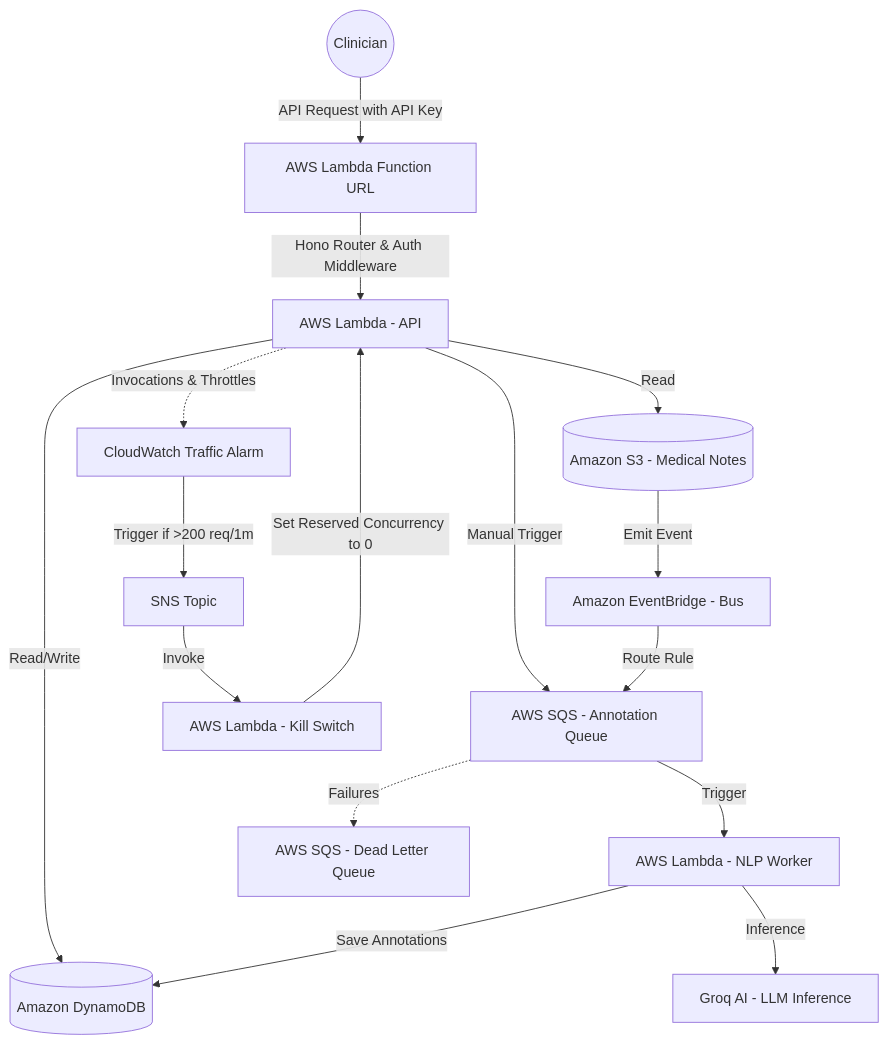
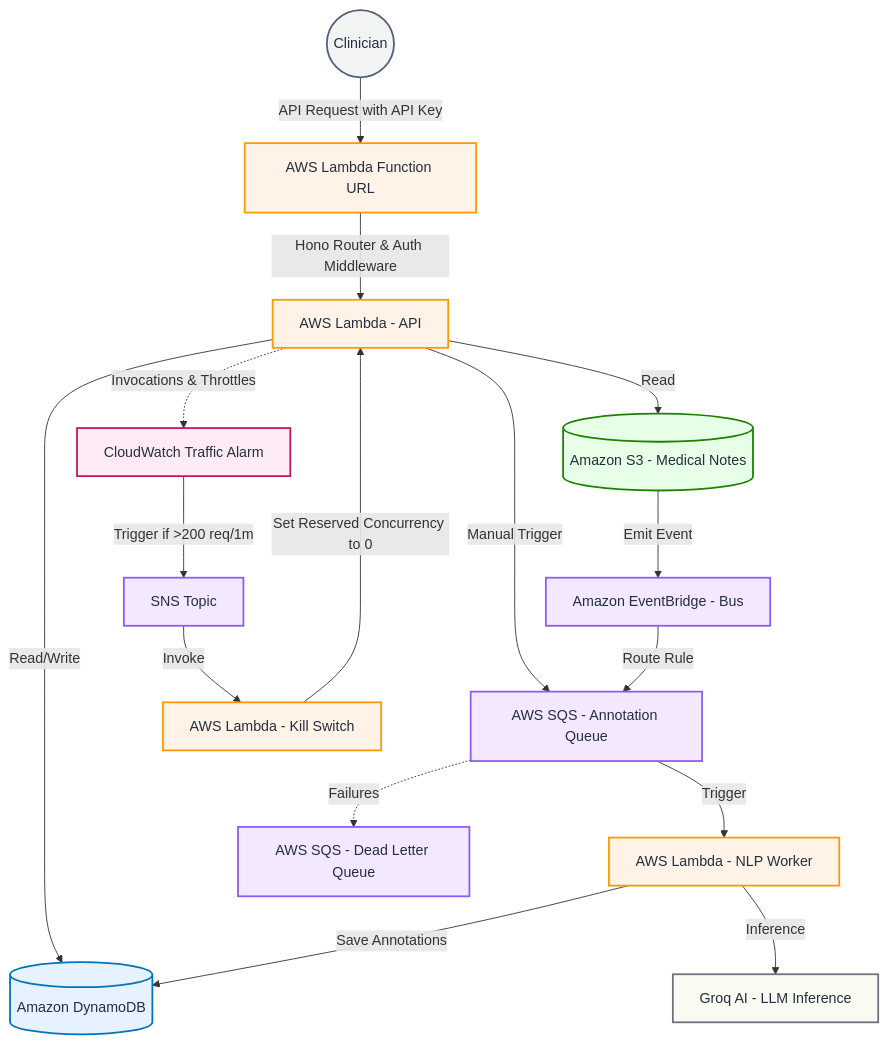
The diagram in README.md (harsh-vardhhan/EHR-backend), drawn with Mermaid before and after one commit.

Commit message:
style(docs): apply AWS brand colors to architecture Mermaid diagram

````diff
--- a/README.md
+++ b/README.md
@@ -26,22 +26,40 @@
 ```mermaid
 graph TD
     User((Clinician)) -->|API Request with API Key| LambdaURL[AWS Lambda Function URL]
     LambdaURL -->|Hono Router & Auth Middleware| LambdaAPI[AWS Lambda - API]
     LambdaAPI -->|Read/Write| DynamoDB[(Amazon DynamoDB)]
     LambdaAPI -->|Read| S3[(Amazon S3 - Medical Notes)]
     LambdaAPI -->|Manual Trigger| SQS[AWS SQS - Annotation Queue]
 
     S3 -->|Emit Event| EB[Amazon EventBridge - Bus]
     EB -->|Route Rule| SQS[AWS SQS - Annotation Queue]
     SQS -->|Trigger| LambdaWorker[AWS Lambda - NLP Worker]
     SQS -.->|Failures| DLQ[AWS SQS - Dead Letter Queue]
     
     LambdaWorker -->|Inference| Groq[Groq AI - LLM Inference]
     LambdaWorker -->|Save Annotations| DynamoDB
 
     %% DDoS Protection
     LambdaAPI -.->|Invocations & Throttles| CWAlarm[CloudWatch Traffic Alarm]
     CWAlarm -->|Trigger if >200 req/1m| SNS[SNS Topic]
     SNS -->|Invoke| LambdaKillSwitch[AWS Lambda - Kill Switch]
     LambdaKillSwitch -->|Set Reserved Concurrency to 0| LambdaAPI
+
+    %% AWS Styling Classes
+    classDef compute fill:#FFF2E6,stroke:#FF9900,stroke-width:2px,color:#232F3E;
+    classDef database fill:#E6F2FF,stroke:#0073BB,stroke-width:2px,color:#232F3E;
+    classDef storage fill:#E6FFE6,stroke:#1D8102,stroke-width:2px,color:#232F3E;
+    classDef integration fill:#F3E8FF,stroke:#8B5CF6,stroke-width:2px,color:#232F3E;
+    classDef monitor fill:#FFEBF5,stroke:#C2185B,stroke-width:2px,color:#232F3E;
+    classDef userNode fill:#F2F3F3,stroke:#545F7A,stroke-width:2px,color:#232F3E;
+    classDef external fill:#F9FAF1,stroke:#6B7280,stroke-width:2px,color:#232F3E;
+
+    %% Apply Classes
+    class LambdaURL,LambdaAPI,LambdaWorker,LambdaKillSwitch compute;
+    class DynamoDB database;
+    class S3 storage;
+    class SQS,DLQ,EB,SNS integration;
+    class CWAlarm monitor;
+    class User userNode;
+    class Groq external;
 ```
````
